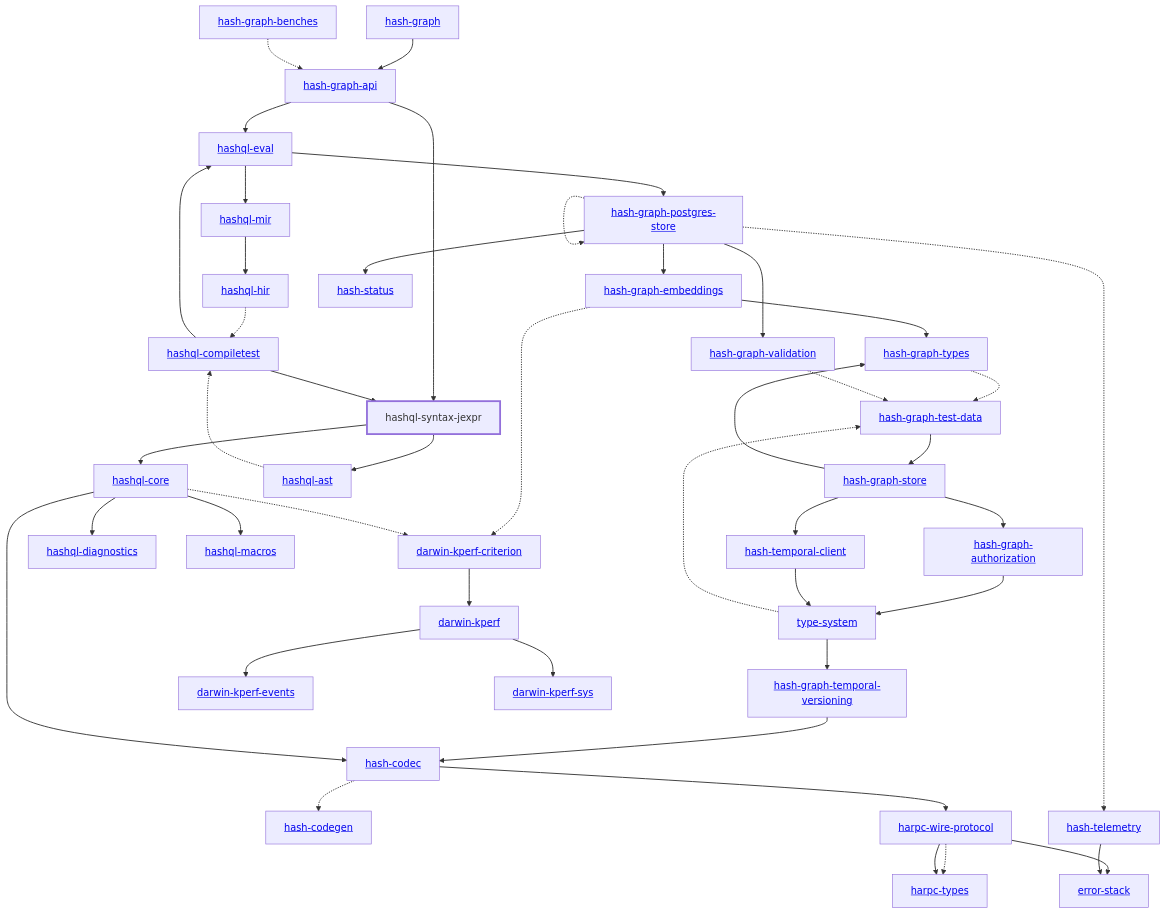
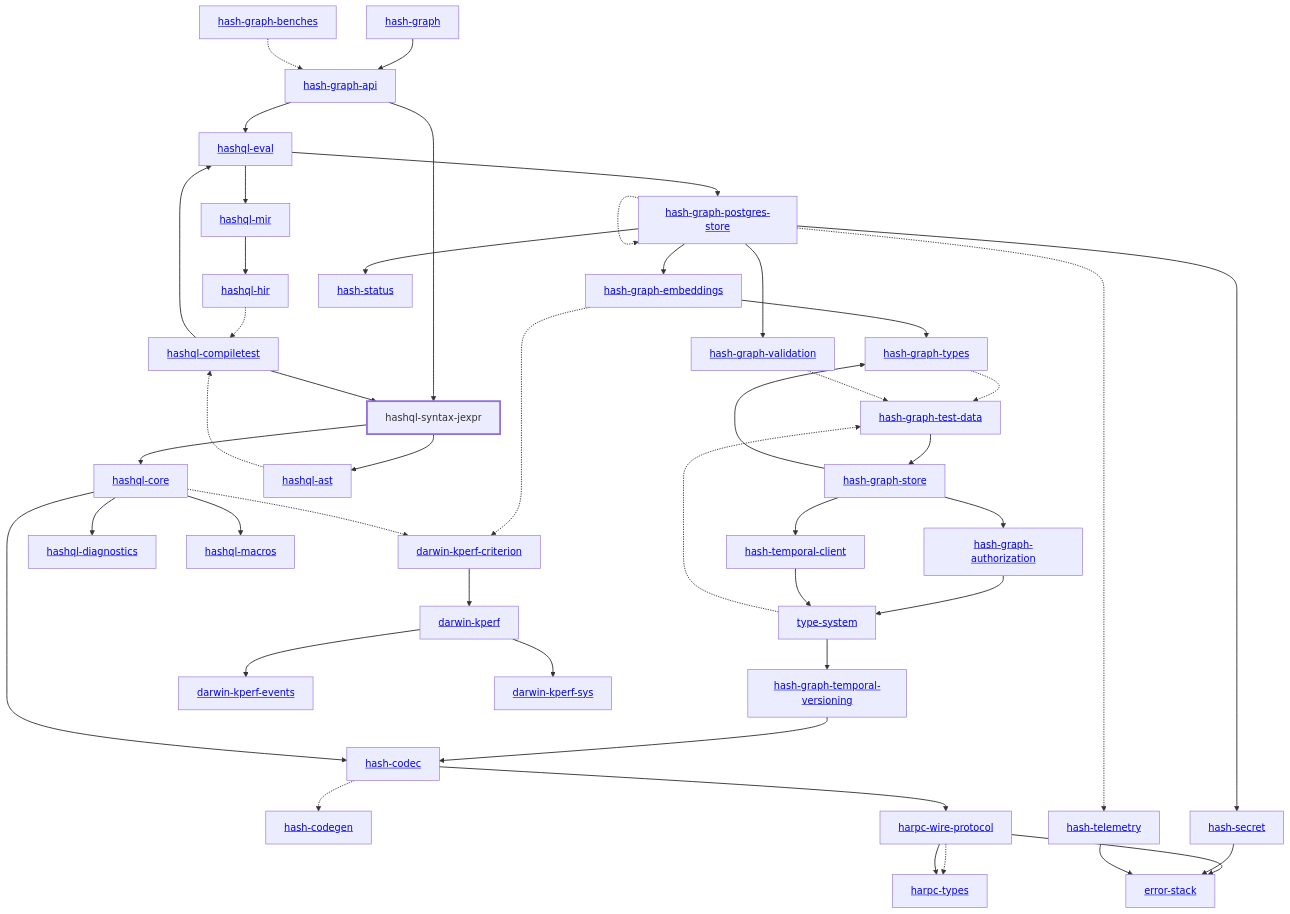
Before and after one commit to hashintel/hash: the diagram in libs/@local/hashql/syntax-jexpr/docs/dependency-diagram.mmd, drawn with Mermaid. The commit also changed 13 other files, not shown here.

Commit message:
Regenerate the dependency diagrams

```diff
--- a/libs/@local/hashql/syntax-jexpr/docs/dependency-diagram.mmd
+++ b/libs/@local/hashql/syntax-jexpr/docs/dependency-diagram.mmd
@@ -1,88 +1,91 @@
 graph TD
     linkStyle default stroke-width:1.5px
     classDef default stroke-width:1px
     classDef root stroke-width:3px
     classDef dev stroke-width:1px
     classDef build stroke-width:1px
     %% Legend
     %% --> : Normal dependency
     %% -.-> : Dev dependency
     %% ---> : Build dependency
     0[<a href="../hash_graph/index.html">hash-graph</a>]
     1[<a href="../type_system/index.html">type-system</a>]
     2[<a href="../hash_codec/index.html">hash-codec</a>]
     3[<a href="../hash_codegen/index.html">hash-codegen</a>]
     4[<a href="../hash_graph_api/index.html">hash-graph-api</a>]
     5[<a href="../hash_graph_authorization/index.html">hash-graph-authorization</a>]
     6[<a href="../hash_graph_embeddings/index.html">hash-graph-embeddings</a>]
     7[<a href="../hash_graph_postgres_store/index.html">hash-graph-postgres-store</a>]
     8[<a href="../hash_graph_store/index.html">hash-graph-store</a>]
     9[<a href="../hash_graph_temporal_versioning/index.html">hash-graph-temporal-versioning</a>]
     10[<a href="../hash_graph_types/index.html">hash-graph-types</a>]
     11[<a href="../hash_graph_validation/index.html">hash-graph-validation</a>]
     12[<a href="../harpc_types/index.html">harpc-types</a>]
     13[<a href="../harpc_wire_protocol/index.html">harpc-wire-protocol</a>]
     14[<a href="../hashql_ast/index.html">hashql-ast</a>]
     15[<a href="../hashql_compiletest/index.html">hashql-compiletest</a>]
     16[<a href="../hashql_core/index.html">hashql-core</a>]
     17[<a href="../hashql_diagnostics/index.html">hashql-diagnostics</a>]
     18[<a href="../hashql_eval/index.html">hashql-eval</a>]
     19[<a href="../hashql_hir/index.html">hashql-hir</a>]
     20[<a href="../hashql_macros/index.html">hashql-macros</a>]
     21[<a href="../hashql_mir/index.html">hashql-mir</a>]
     22[hashql-syntax-jexpr]
     class 22 root
-    23[<a href="../hash_status/index.html">hash-status</a>]
-    24[<a href="../hash_telemetry/index.html">hash-telemetry</a>]
-    25[<a href="../hash_temporal_client/index.html">hash-temporal-client</a>]
-    26[<a href="../darwin_kperf/index.html">darwin-kperf</a>]
-    27[<a href="../darwin_kperf_criterion/index.html">darwin-kperf-criterion</a>]
-    28[<a href="../darwin_kperf_events/index.html">darwin-kperf-events</a>]
-    29[<a href="../darwin_kperf_sys/index.html">darwin-kperf-sys</a>]
-    30[<a href="../error_stack/index.html">error-stack</a>]
-    31[<a href="../hash_graph_benches/index.html">hash-graph-benches</a>]
-    32[<a href="../hash_graph_test_data/index.html">hash-graph-test-data</a>]
+    23[<a href="../hash_secret/index.html">hash-secret</a>]
+    24[<a href="../hash_status/index.html">hash-status</a>]
+    25[<a href="../hash_telemetry/index.html">hash-telemetry</a>]
+    26[<a href="../hash_temporal_client/index.html">hash-temporal-client</a>]
+    27[<a href="../darwin_kperf/index.html">darwin-kperf</a>]
+    28[<a href="../darwin_kperf_criterion/index.html">darwin-kperf-criterion</a>]
+    29[<a href="../darwin_kperf_events/index.html">darwin-kperf-events</a>]
+    30[<a href="../darwin_kperf_sys/index.html">darwin-kperf-sys</a>]
+    31[<a href="../error_stack/index.html">error-stack</a>]
+    32[<a href="../hash_graph_benches/index.html">hash-graph-benches</a>]
+    33[<a href="../hash_graph_test_data/index.html">hash-graph-test-data</a>]
     0 --> 4
     1 --> 9
-    1 -.-> 32
+    1 -.-> 33
     2 -.-> 3
     2 --> 13
     4 --> 18
     4 --> 22
     5 --> 1
     6 --> 10
-    6 -.-> 27
+    6 -.-> 28
     7 --> 6
     7 -.-> 7
     7 --> 11
     7 --> 23
-    7 -.-> 24
+    7 --> 24
+    7 -.-> 25
     8 --> 5
     8 --> 10
-    8 --> 25
+    8 --> 26
     9 --> 2
-    10 -.-> 32
-    11 -.-> 32
+    10 -.-> 33
+    11 -.-> 33
     13 -.-> 12
     13 --> 12
-    13 --> 30
+    13 --> 31
     14 -.-> 15
     15 --> 18
     15 --> 22
     16 --> 2
     16 --> 17
     16 --> 20
-    16 -.-> 27
+    16 -.-> 28
     18 --> 7
     18 --> 21
     19 -.-> 15
     21 --> 19
     22 --> 14
     22 --> 16
-    24 --> 30
-    25 --> 1
-    26 --> 28
-    26 --> 29
-    27 --> 26
-    31 -.-> 4
-    32 --> 8
+    23 --> 31
+    25 --> 31
+    26 --> 1
+    27 --> 29
+    27 --> 30
+    28 --> 27
+    32 -.-> 4
+    33 --> 8
```
